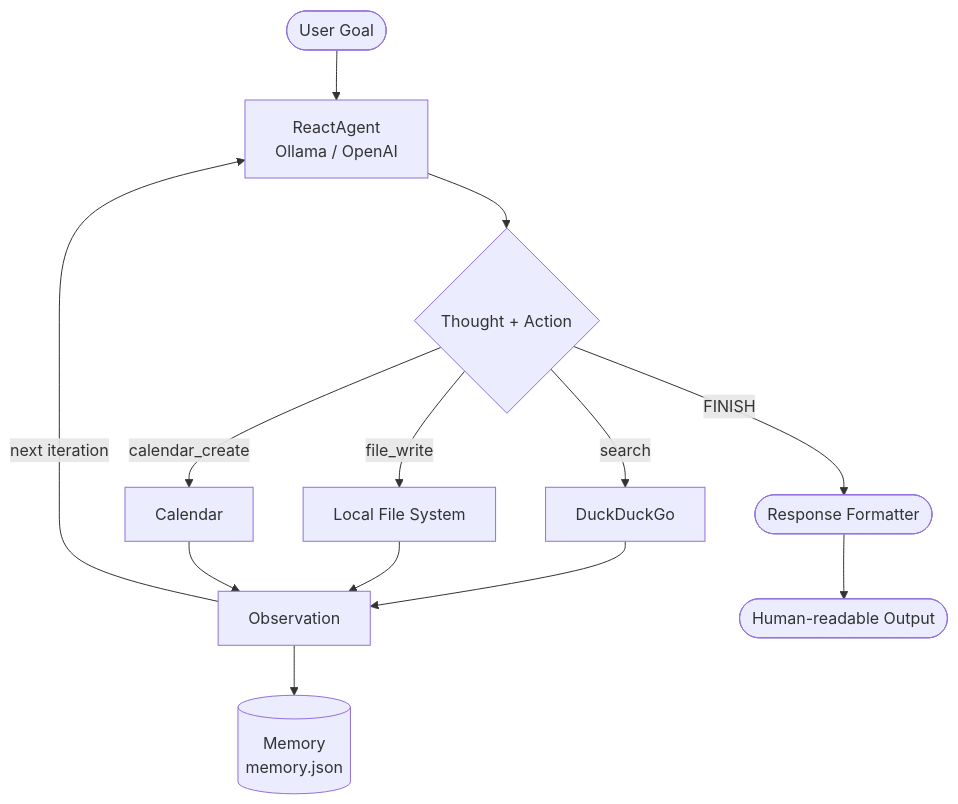
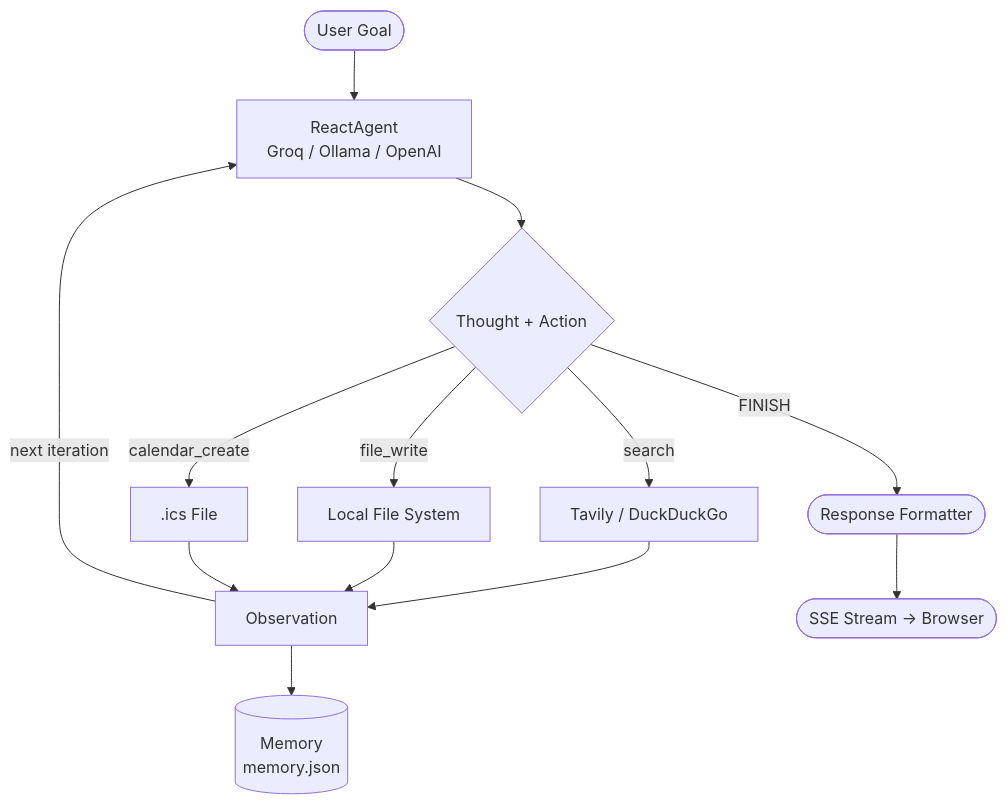
One commit to Shekharpadhy/tool-agent changed the first of 2 diagrams in README.md. Above: the diagram before and after it, drawn with Mermaid. The commit also changed other lines of this file and 3 other files, not shown here.

````diff
--- a/README.md
+++ b/README.md
@@ -11,15 +13,15 @@
 ```mermaid
 flowchart TD
-    A([User Goal]) --> B[ReactAgent\nOllama / OpenAI]
+    A([User Goal]) --> B[ReactAgent\nGroq / Ollama / OpenAI]
     B --> C{Thought + Action}
-    C -->|search| D[DuckDuckGo]
+    C -->|search| D[Tavily / DuckDuckGo]
     C -->|file_write| E[Local File System]
-    C -->|calendar_create| F[Calendar]
+    C -->|calendar_create| F[.ics File]
     C -->|FINISH| G([Response Formatter])
     D --> H[Observation]
     E --> H
     F --> H
     H --> I[(Memory\nmemory.json)]
     H -->|next iteration| B
-    G --> J([Human-readable Output])
+    G --> J([SSE Stream → Browser])
 ```
````
